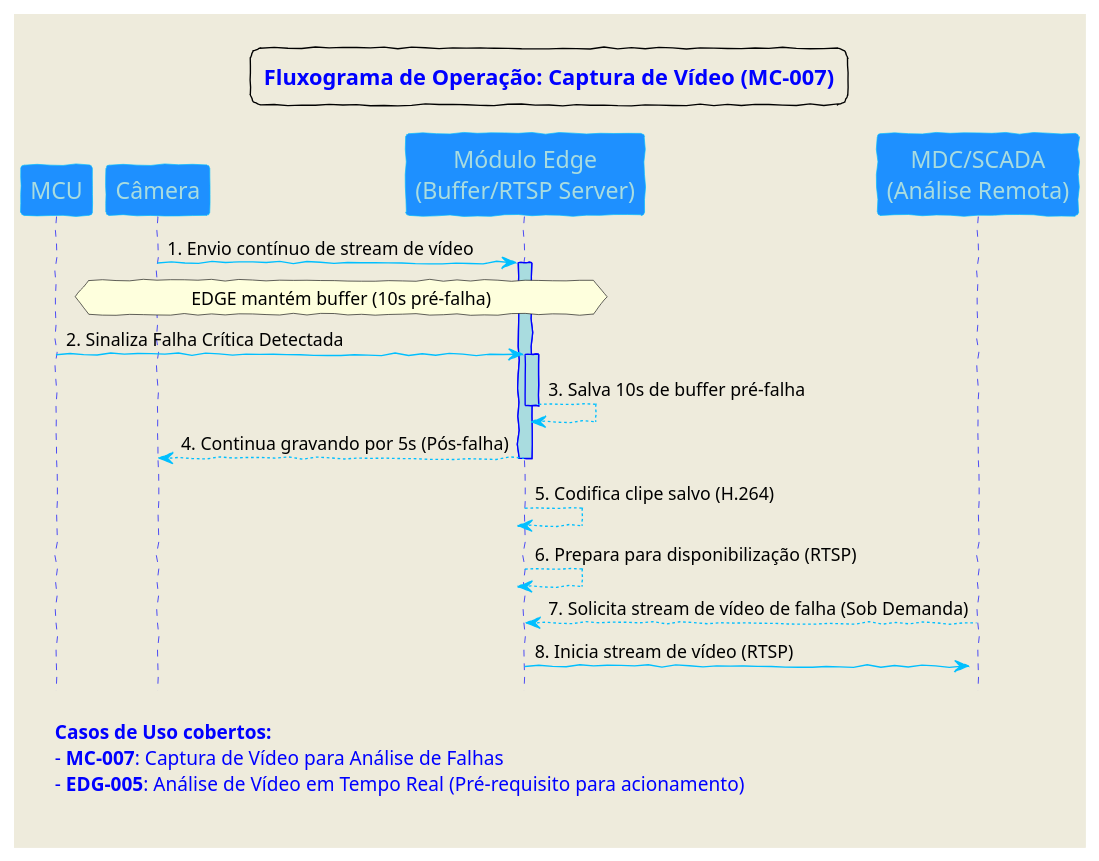
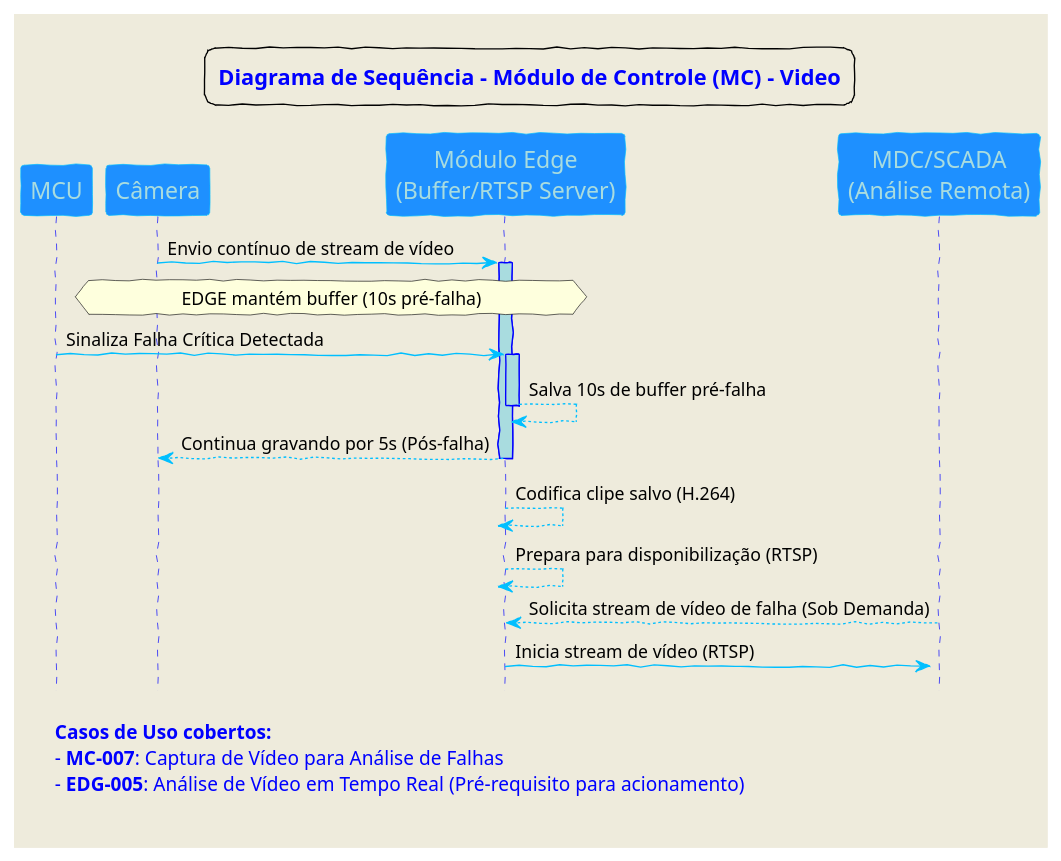
Before and after one commit to Embrapac/diagramas: the diagram in DS-MC-VIDEO-001.puml, drawn with PlantUML. The commit also changed 1 other file, not shown here.

Commit message:
Diagrama de Sequencia Camera

```diff
--- a/DS-MC-VIDEO-001.puml
+++ b/DS-MC-VIDEO-001.puml
@@ -1,72 +1,72 @@
 @startuml
 
 <style>
 footer {
   HorizontalAlignment left
   FontSize 14
   FontColor blue
   FontName Arial
   Margin 20
   Padding 10
 }
 
 legend {
   HorizontalAlignment center
   FontSize 16
   FontColor Blue
   FontName Arial
   Margin 20
   Padding 10
 }
 </style>
 
 
 'Parametros de cor:
 skinparam backgroundColor #EEEBDC
 skinparam handwritten true
 skinparam sequenceArrowColor DeepSkyBlue
 skinparam sequenceActorBorderColor DeepSkyBlue
 skinparam sequenceLifeLineBorderColor blue
 skinparam sequenceLifeLineBackgroundColor #A9DCDF
 skinparam sequenceParticipantBorderColor DeepSkyBlue
 skinparam sequenceParticipantBackgroundColor DodgerBlue
 skinparam sequenceParticipantFontName Impact
 skinparam sequenceParticipantFontSize 17
 skinparam sequenceParticipantFontColor #A9DCDF
 skinparam sequenceActorBackgroundColor aqua
 skinparam sequenceActorFontColor DeepSkyBlue
 skinparam sequenceActorFontSize 17
 skinparam sequenceActorFontName Aapex
 
 autoactivate on
 Hide footbox
 
 participant "MCU" as MCU
 participant Câmera
 participant "Módulo Edge\n(Buffer/RTSP Server)" as EDGE
 participant "MDC/SCADA\n(Análise Remota)" as MDC
 
-Câmera -> EDGE : 1. Envio contínuo de stream de vídeo
+Câmera -> EDGE : Envio contínuo de stream de vídeo
 hnote over Câmera, EDGE : EDGE mantém buffer (10s pré-falha)
 
-MCU -> EDGE : 2. Sinaliza Falha Crítica Detectada
-EDGE --> EDGE : 3. Salva 10s de buffer pré-falha
-EDGE --> Câmera : 4. Continua gravando por 5s (Pós-falha)
-EDGE --> EDGE : 5. Codifica clipe salvo (H.264)
-EDGE --> EDGE : 6. Prepara para disponibilização (RTSP)
+MCU -> EDGE : Sinaliza Falha Crítica Detectada
+EDGE --> EDGE : Salva 10s de buffer pré-falha
+EDGE --> Câmera : Continua gravando por 5s (Pós-falha)
+EDGE --> EDGE : Codifica clipe salvo (H.264)
+EDGE --> EDGE : Prepara para disponibilização (RTSP)
 
-MDC --> EDGE : 7. Solicita stream de vídeo de falha (Sob Demanda)
+MDC --> EDGE : Solicita stream de vídeo de falha (Sob Demanda)
 
-EDGE -> MDC : 8. Inicia stream de vídeo (RTSP)
+EDGE -> MDC : Inicia stream de vídeo (RTSP)
 
 legend top
- **Fluxograma de Operação: Captura de Vídeo (MC-007)**
+ **Diagrama de Sequência - Módulo de Controle (MC) - Video**
 end legend
 
 footer
   **Casos de Uso cobertos:**
    - **MC-007**: Captura de Vídeo para Análise de Falhas
    - **EDG-005**: Análise de Vídeo em Tempo Real (Pré-requisito para acionamento)
 end footer  
 
 @enduml
```
